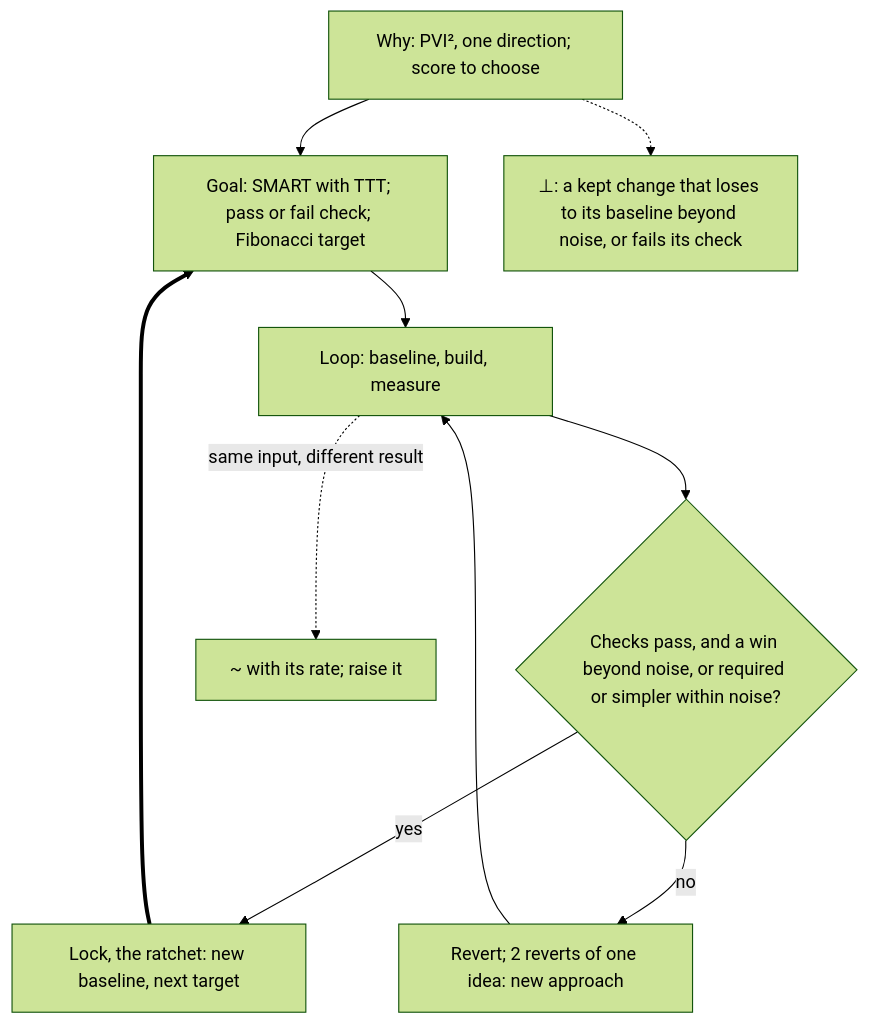
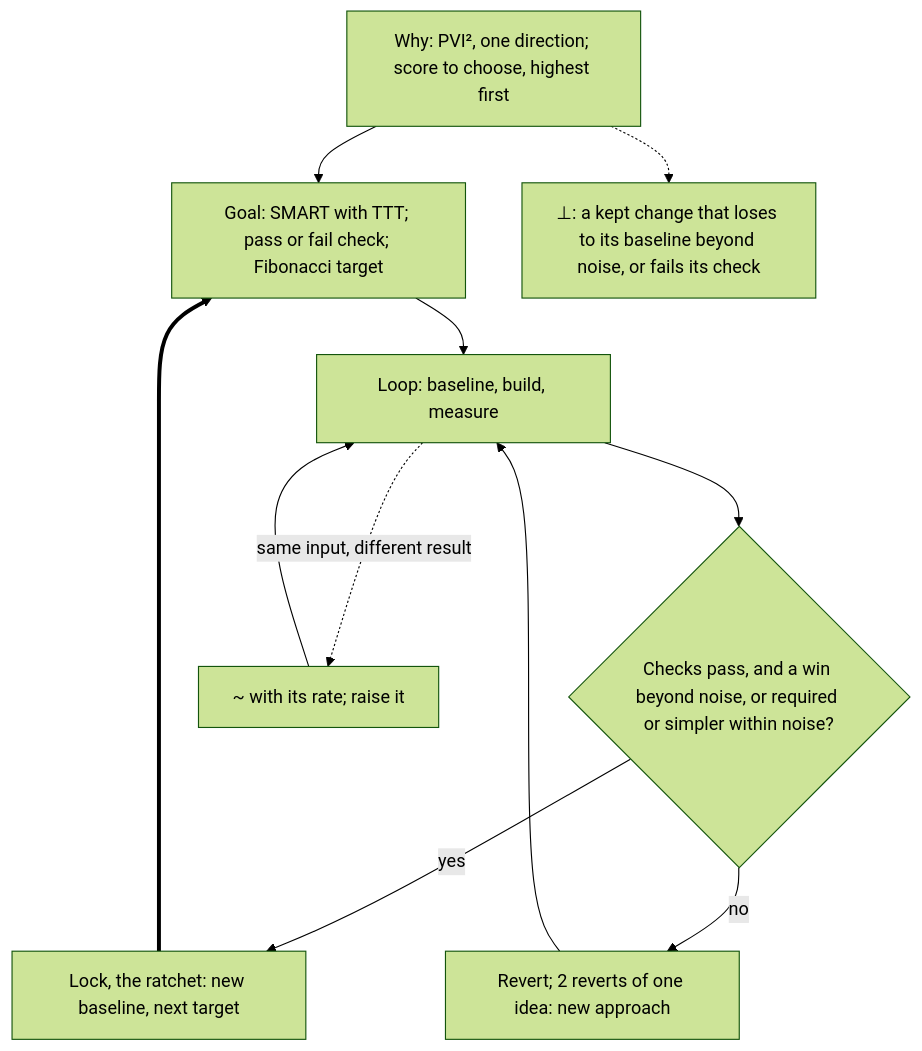
The seventh of 14 diagrams in AGENTS.md (SolenixAI/arbiter), drawn with Mermaid (forest theme) before and after one commit. The commit also changed other lines of this file and 5 other files, not shown here.

````diff
--- a/AGENTS.md
+++ b/AGENTS.md
@@ -362,11 +271,11 @@
 ```mermaid
 flowchart TD
-  W["Why: PVI², one direction; score to choose"] --> G["Goal: SMART with TTT; pass or fail check; Fibonacci target"]
+  W["Why: PVI², one direction; score to choose, highest first"] --> G["Goal: SMART with TTT; pass or fail check; Fibonacci target"]
   G --> B["Loop: baseline, build, measure"]
   B --> K{"Checks pass, and a win beyond noise, or required or simpler within noise?"}
   K -->|yes| L["Lock, the ratchet: new baseline, next target"]
   L ==> G
   K -->|no| R["Revert; 2 reverts of one idea: new approach"] --> B
-  B -.->|same input, different result| Z["~ with its rate; raise it"]
+  B -.->|same input, different result| Z["~ with its rate; raise it"] --> B
   W -.-> BOT["⊥: a kept change that loses to its baseline beyond noise, or fails its check"]
 ```
````
